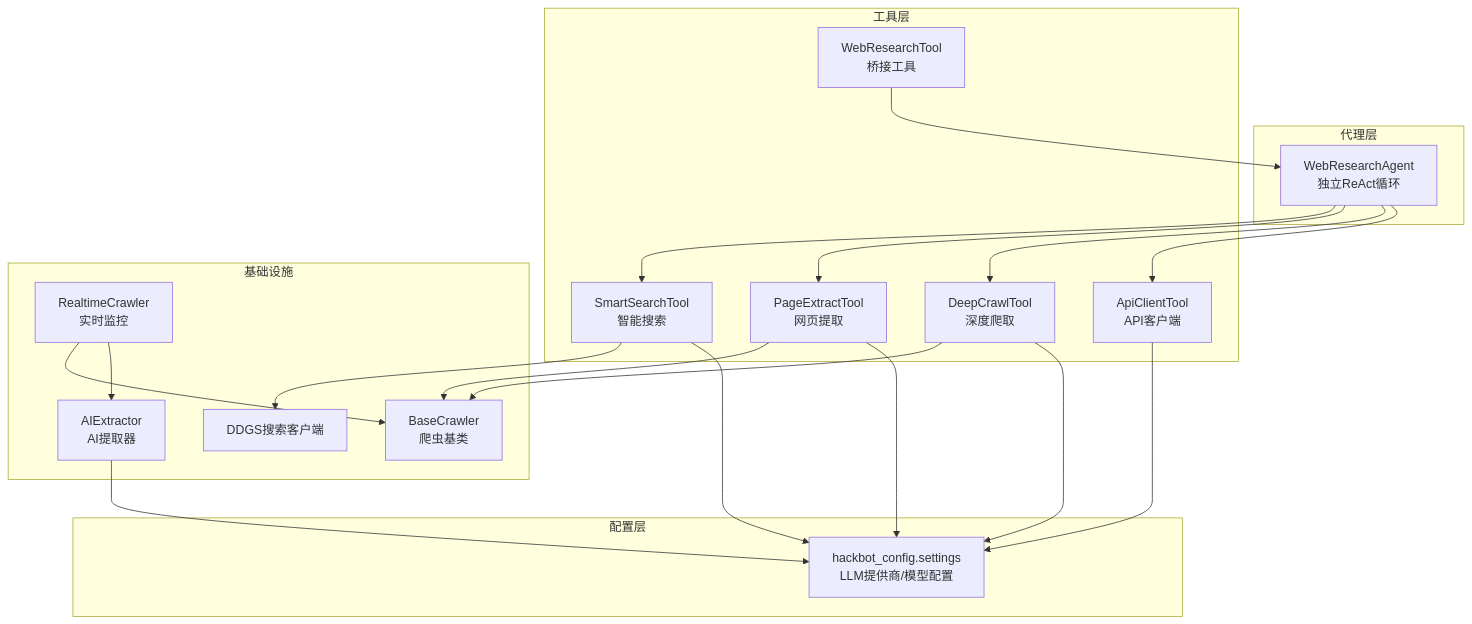
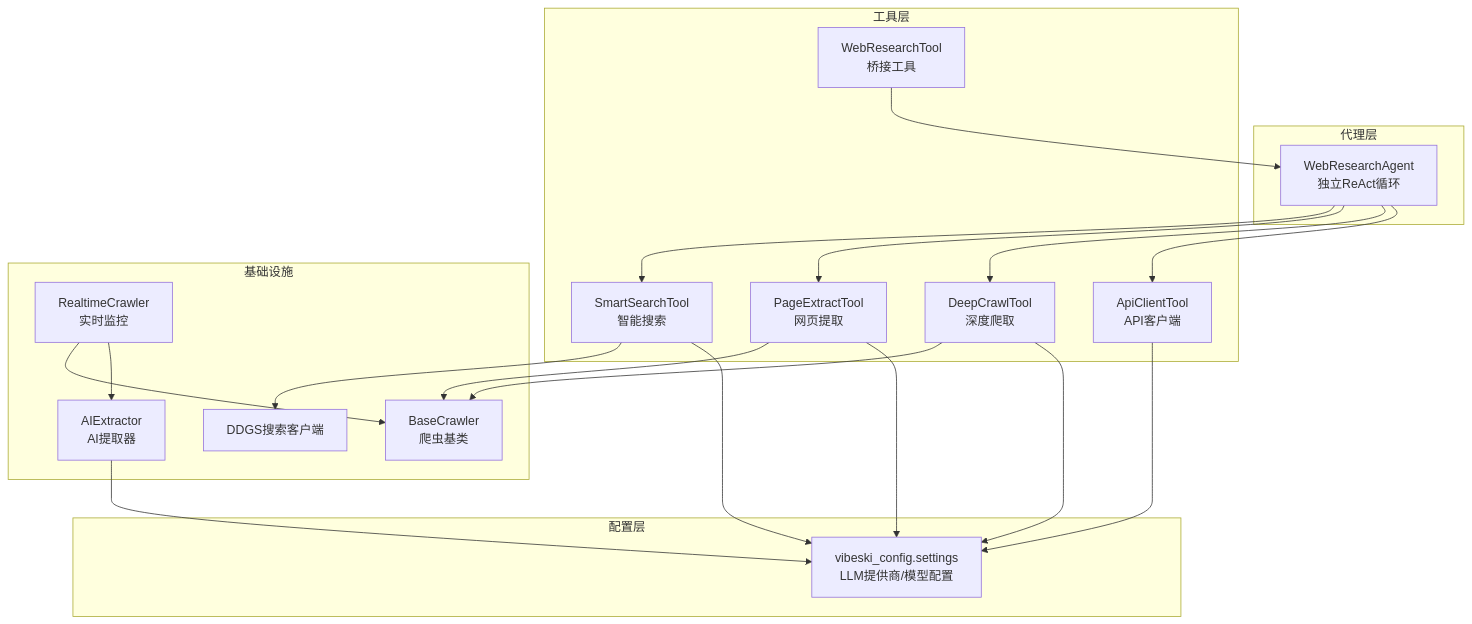
One commit to crabin/VIBESKI changed the first of 11 diagrams in .qoder/repowiki/zh/content/智能体系统/Web研究智能体.md. Above: the diagram before and after it, drawn with Mermaid. The commit also changed other lines of this file and 170 other files, not shown here.

Commit message:
chore: rename all secbot/hackbot identifiers to vibeski

````diff
--- a/.qoder/repowiki/zh/content/智能体系统/Web研究智能体.md
+++ b/.qoder/repowiki/zh/content/智能体系统/Web研究智能体.md
@@ -41,37 +41,37 @@
 ```mermaid
 graph TB
 subgraph "代理层"
 WRA["WebResearchAgent<br/>独立ReAct循环"]
 end
 subgraph "工具层"
 WRT["WebResearchTool<br/>桥接工具"]
 SST["SmartSearchTool<br/>智能搜索"]
 PXT["PageExtractTool<br/>网页提取"]
 DCT["DeepCrawlTool<br/>深度爬取"]
 ACT["ApiClientTool<br/>API客户端"]
 end
 subgraph "基础设施"
 DDGS["DDGS搜索客户端"]
 BC["BaseCrawler<br/>爬虫基类"]
 AIEX["AIExtractor<br/>AI提取器"]
 RTC["RealtimeCrawler<br/>实时监控"]
 end
 subgraph "配置层"
-CFG["hackbot_config.settings<br/>LLM提供商/模型配置"]
+CFG["vibeski_config.settings<br/>LLM提供商/模型配置"]
 end
 WRA --> SST
 WRA --> PXT
 WRA --> DCT
 WRA --> ACT
 WRT --> WRA
 SST --> DDGS
 PXT --> BC
 DCT --> BC
 AIEX --> CFG
 RTC --> BC
 RTC --> AIEX
 SST --> CFG
 PXT --> CFG
 DCT --> CFG
 ACT --> CFG
 ```
````
